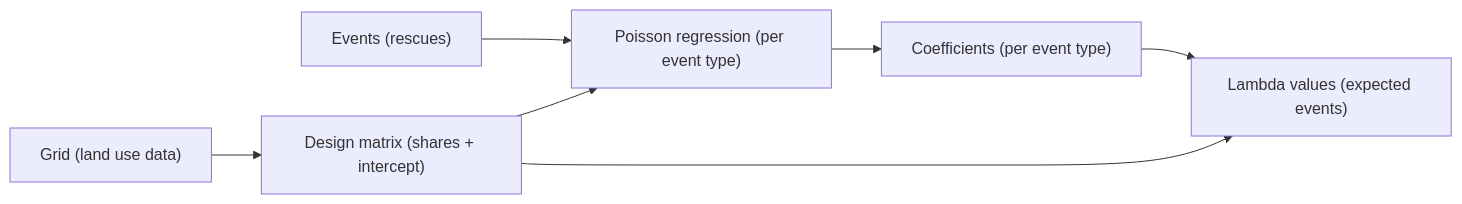
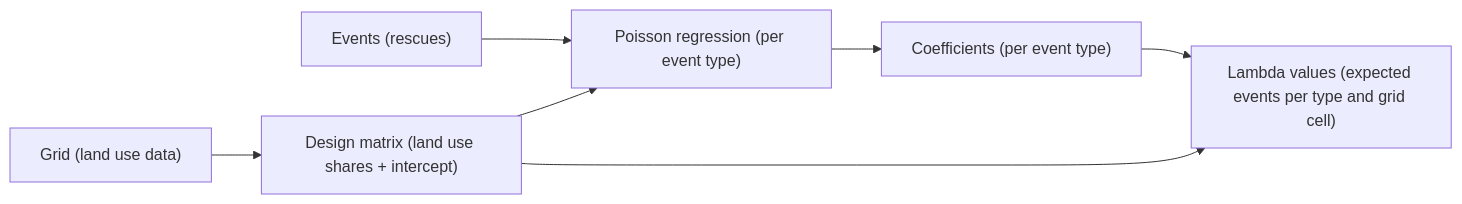
The first of 2 diagrams in README.md (filipkristoferssonVTI/CERTAIN), drawn with Mermaid before and after one commit. The commit also changed other lines of this file, not shown here.

````diff
--- a/README.md
+++ b/README.md
@@ -44,9 +40,9 @@
 ```mermaid
 graph LR
-    G["Grid (land use data)"] --> DM["Design matrix (shares + intercept)"]
+    G["Grid (land use data)"] --> DM["Design matrix (land use shares + intercept)"]
     E["Events (rescues)"] --> PR["Poisson regression (per event type)"]
     DM --> PR
     PR --> C["Coefficients (per event type)"]
-    C --> L["Lambda values (expected events)"]
+    C --> L["Lambda values (expected events per type and grid cell)"]
     DM --> L
 ```
````
